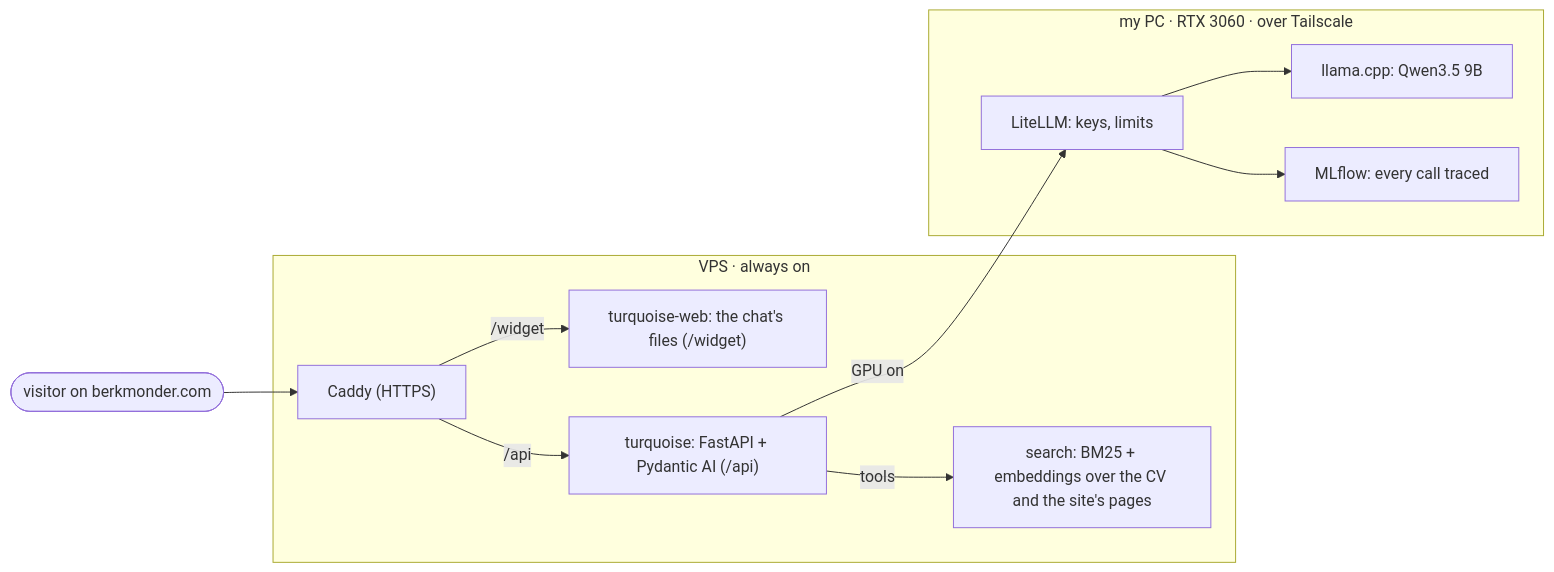
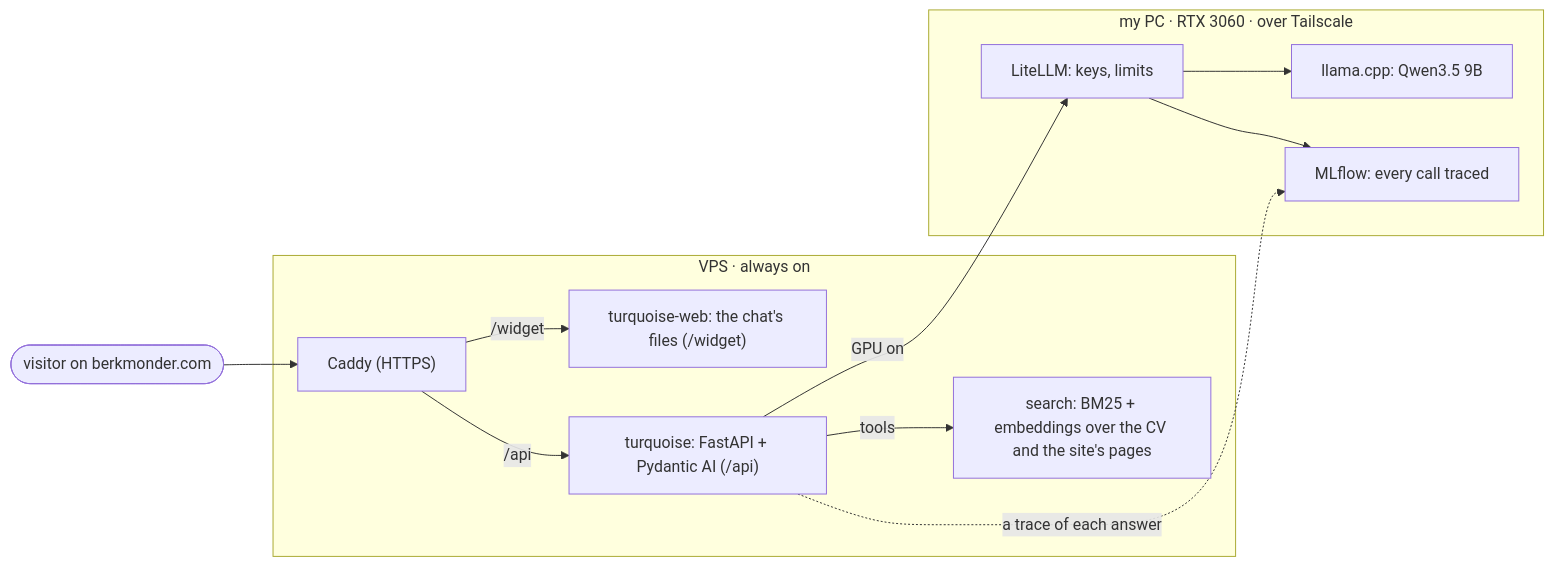
Before and after one commit to berkmonder/turquoise: the diagram in README.md, drawn with Mermaid. The commit also changed other lines of this file and 10 other files, not shown here.

First line of the commit message:
Every answer is a trace in MLflow: steps, sessions, prompt versions, builds

````diff
--- a/README.md
+++ b/README.md
@@ -23,21 +25,22 @@
 ```mermaid
 flowchart LR
   visitor(["visitor on berkmonder.com"])
   subgraph vps["VPS · always on"]
     caddy["Caddy (HTTPS)"]
     widget["turquoise-web: the chat's files (/widget)"]
     api["turquoise: FastAPI + Pydantic AI (/api)"]
     rag["search: BM25 + embeddings over the CV and the site's pages"]
   end
   subgraph pc["my PC · RTX 3060 · over Tailscale"]
     litellm["LiteLLM: keys, limits"]
     llama["llama.cpp: Qwen3.5 9B"]
     mlflow["MLflow: every call traced"]
   end
   visitor --> caddy
   caddy -- "/widget" --> widget
   caddy -- "/api" --> api
   api -- "tools" --> rag
   api -- "GPU on" --> litellm --> llama
   litellm --> mlflow
+  api -. "a trace of each answer" .-> mlflow
 ```
````
